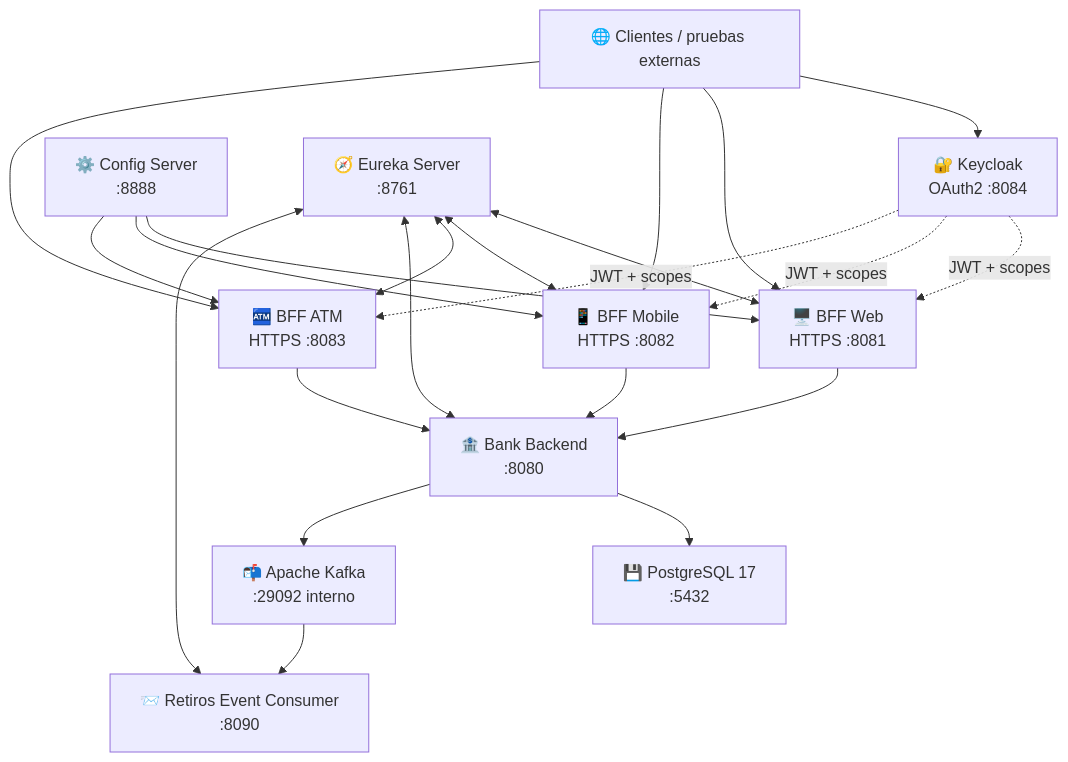
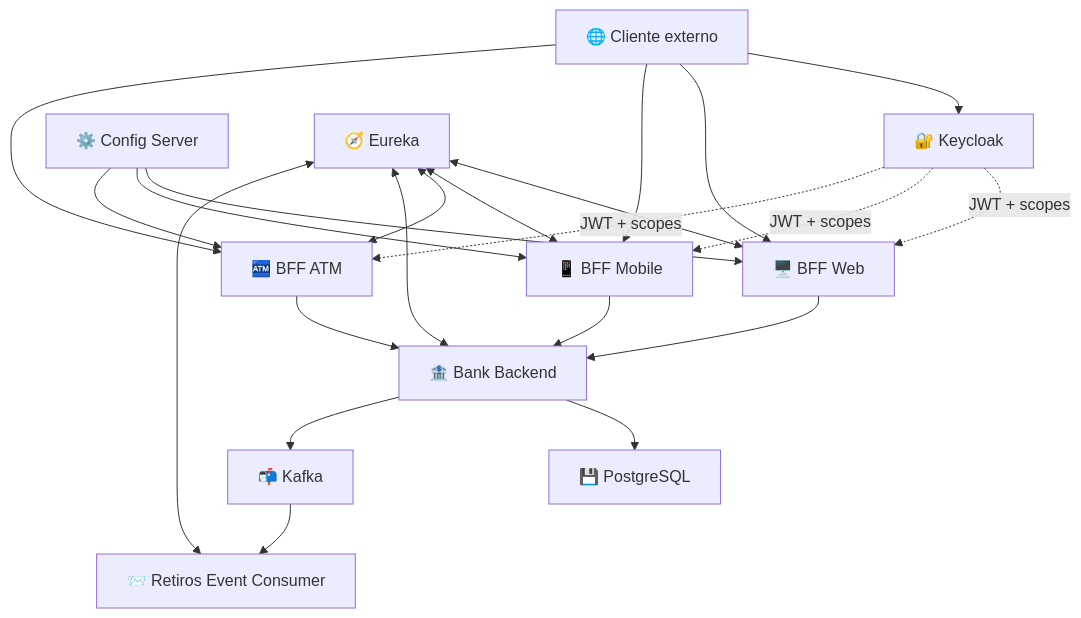
Before and after one commit to LadyRed145/bancoxyzbatch: the first of 2 diagrams in Propuesta_Tecnica.md, drawn with Mermaid. The commit also changed other lines of this file and 1 other file, not shown here.

````diff
--- a/Propuesta_Tecnica.md
+++ b/Propuesta_Tecnica.md
@@ -69,44 +39,41 @@
 ```mermaid
 flowchart TB
-    CLIENT["🌐 Clientes / pruebas externas"]
-
-    KC["🔐 Keycloak<br/>OAuth2 :8084"]
-    WEB["🖥️ BFF Web<br/>HTTPS :8081"]
-    MOBILE["📱 BFF Mobile<br/>HTTPS :8082"]
-    ATM["🏧 BFF ATM<br/>HTTPS :8083"]
-
-    CONFIG["⚙️ Config Server<br/>:8888"]
-    EUREKA["🧭 Eureka Server<br/>:8761"]
-
-    BACKEND["🏦 Bank Backend<br/>:8080"]
-    DB["💾 PostgreSQL 17<br/>:5432"]
-    KAFKA["📬 Apache Kafka<br/>:29092 interno"]
-    CONSUMER["📨 Retiros Event Consumer<br/>:8090"]
+    CLIENT["🌐 Cliente externo"]
+    KC["🔐 Keycloak"]
+    WEB["🖥️ BFF Web"]
+    MOBILE["📱 BFF Mobile"]
+    ATM["🏧 BFF ATM"]
+    CONFIG["⚙️ Config Server"]
+    EUREKA["🧭 Eureka"]
+    BACKEND["🏦 Bank Backend"]
+    DB["💾 PostgreSQL"]
+    KAFKA["📬 Kafka"]
+    CONSUMER["📨 Retiros Event Consumer"]
 
     CLIENT --> KC
     CLIENT --> WEB
     CLIENT --> MOBILE
     CLIENT --> ATM
 
     KC -. JWT + scopes .-> WEB
     KC -. JWT + scopes .-> MOBILE
     KC -. JWT + scopes .-> ATM
 
     CONFIG --> WEB
     CONFIG --> MOBILE
     CONFIG --> ATM
 
     EUREKA <--> WEB
     EUREKA <--> MOBILE
     EUREKA <--> ATM
     EUREKA <--> BACKEND
     EUREKA <--> CONSUMER
 
     WEB --> BACKEND
     MOBILE --> BACKEND
     ATM --> BACKEND
 
     BACKEND --> DB
     BACKEND --> KAFKA
     KAFKA --> CONSUMER
 ```
````
